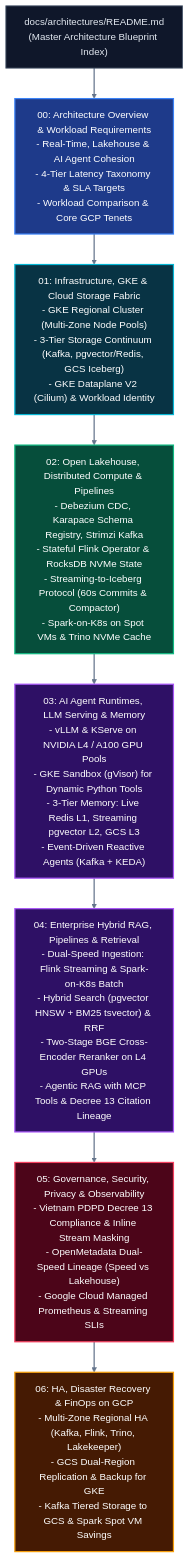
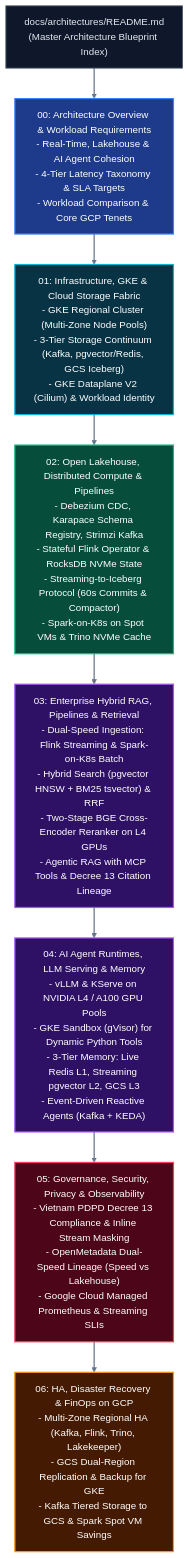
One commit to toanbui626391/data_platform_gcp changed the diagram in docs/architectures/README.md. Above: the diagram before and after it, drawn with Mermaid. The commit also changed other lines of this file and 3 other files, not shown here.

````diff
--- a/docs/architectures/README.md
+++ b/docs/architectures/README.md
@@ -16,31 +16,31 @@
 ```mermaid
 flowchart TD
     Index["docs/architectures/README.md\n(Master Architecture Blueprint Index)"]:::gray
     Doc0["00: Architecture Overview & Workload Requirements\n- Real-Time, Lakehouse & AI Agent Cohesion\n- 4-Tier Latency Taxonomy & SLA Targets\n- Workload Comparison & Core GCP Tenets"]:::primary
     Doc1["01: Infrastructure, GKE & Cloud Storage Fabric\n- GKE Regional Cluster (Multi-Zone Node Pools)\n- 3-Tier Storage Continuum (Kafka, pgvector/Redis, GCS Iceberg)\n- GKE Dataplane V2 (Cilium) & Workload Identity"]:::cyan
     Doc2["02: Open Lakehouse, Distributed Compute & Pipelines\n- Debezium CDC, Karapace Schema Registry, Strimzi Kafka\n- Stateful Flink Operator & RocksDB NVMe State\n- Streaming-to-Iceberg Protocol (60s Commits & Compactor)\n- Spark-on-K8s on Spot VMs & Trino NVMe Cache"]:::success
-    Doc3["03: AI Agent Runtimes, LLM Serving & Memory\n- vLLM & KServe on NVIDIA L4 / A100 GPU Pools\n- GKE Sandbox (gVisor) for Dynamic Python Tools\n- 3-Tier Memory: Live Redis L1, Streaming pgvector L2, GCS L3\n- Event-Driven Reactive Agents (Kafka + KEDA)"]:::purple
-    Doc4["04: Enterprise Hybrid RAG, Pipelines & Retrieval\n- Dual-Speed Ingestion: Flink Streaming & Spark-on-K8s Batch\n- Hybrid Search (pgvector HNSW + BM25 tsvector) & RRF\n- Two-Stage BGE Cross-Encoder Reranker on L4 GPUs\n- Agentic RAG with MCP Tools & Decree 13 Citation Lineage"]:::purple
+    Doc3["03: Enterprise Hybrid RAG, Pipelines & Retrieval\n- Dual-Speed Ingestion: Flink Streaming & Spark-on-K8s Batch\n- Hybrid Search (pgvector HNSW + BM25 tsvector) & RRF\n- Two-Stage BGE Cross-Encoder Reranker on L4 GPUs\n- Agentic RAG with MCP Tools & Decree 13 Citation Lineage"]:::purple
+    Doc4["04: AI Agent Runtimes, LLM Serving & Memory\n- vLLM & KServe on NVIDIA L4 / A100 GPU Pools\n- GKE Sandbox (gVisor) for Dynamic Python Tools\n- 3-Tier Memory: Live Redis L1, Streaming pgvector L2, GCS L3\n- Event-Driven Reactive Agents (Kafka + KEDA)"]:::purple
     Doc5["05: Governance, Security, Privacy & Observability\n- Vietnam PDPD Decree 13 Compliance & Inline Stream Masking\n- OpenMetadata Dual-Speed Lineage (Speed vs Lakehouse)\n- Google Cloud Managed Prometheus & Streaming SLIs"]:::danger
     Doc6["06: HA, Disaster Recovery & FinOps on GCP\n- Multi-Zone Regional HA (Kafka, Flink, Trino, Lakekeeper)\n- GCS Dual-Region Replication & Backup for GKE\n- Kafka Tiered Storage to GCS & Spark Spot VM Savings"]:::warning
 
     Index --> Doc0
     Doc0 --> Doc1
     Doc1 --> Doc2
     Doc2 --> Doc3
     Doc3 --> Doc4
     Doc4 --> Doc5
     Doc5 --> Doc6
 
     %% Link Styling
     linkStyle default stroke:#64748b,stroke-width:2px;
 
     %% Universal Dual-Mode High-Contrast Palette
     classDef primary fill:#1e3a8a,stroke:#3b82f6,stroke-width:2px,color:#ffffff;
     classDef success fill:#064e3b,stroke:#10b981,stroke-width:2px,color:#ffffff;
     classDef warning fill:#451a03,stroke:#f59e0b,stroke-width:2px,color:#ffffff;
     classDef danger  fill:#4c0519,stroke:#f43f5e,stroke-width:2px,color:#ffffff;
     classDef purple  fill:#2e1065,stroke:#a855f7,stroke-width:2px,color:#ffffff;
     classDef cyan    fill:#083344,stroke:#06b6d4,stroke-width:2px,color:#ffffff;
     classDef gray    fill:#0f172a,stroke:#475569,stroke-width:1.5px,color:#e2e8f0;
 ```
````
